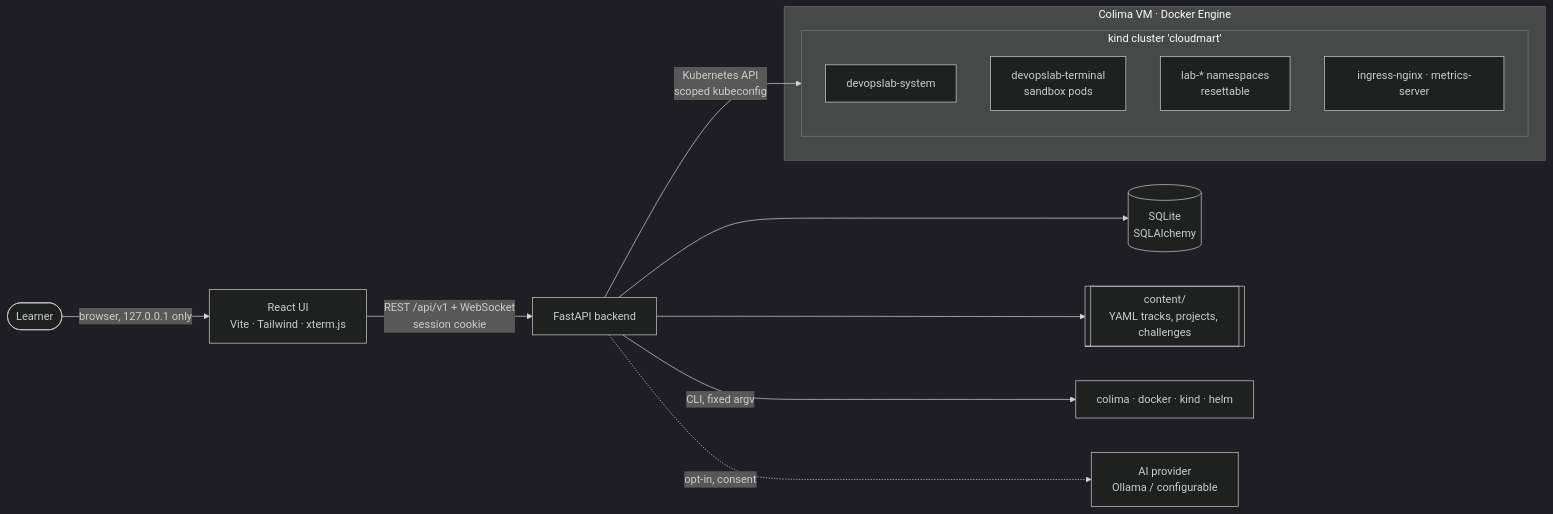
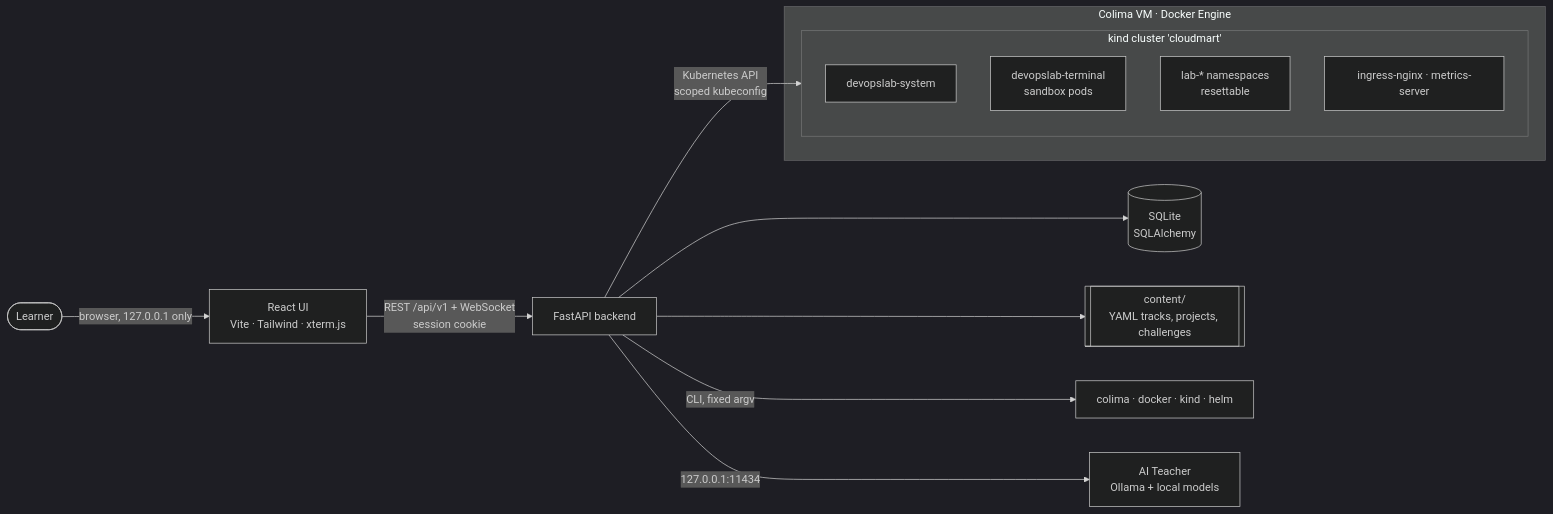
Before and after one commit to Skrishnreddy/devopslab: the diagram in docs/architecture.md, drawn with Mermaid (dark theme). The commit also changed other lines of this file and 32 other files, not shown here.

First line of the commit message:
Add local AI Teacher to the spec as Phase 9

````diff
--- a/docs/architecture.md
+++ b/docs/architecture.md
@@ -10,18 +10,18 @@
 ```mermaid
 flowchart LR
   user([Learner]) -->|browser, 127.0.0.1 only| ui[React UI<br/>Vite · Tailwind · xterm.js]
   ui -->|REST /api/v1 + WebSocket<br/>session cookie| api[FastAPI backend]
   api --> db[(SQLite<br/>SQLAlchemy)]
   api --> content[[content/<br/>YAML tracks, projects, challenges]]
   api -->|CLI, fixed argv| tools[colima · docker · kind · helm]
   api -->|Kubernetes API<br/>scoped kubeconfig| k8s
-  api -.->|opt-in, consent| ai[AI provider<br/>Ollama / configurable]
+  api -->|127.0.0.1:11434| ai[AI Teacher<br/>Ollama + local models]
   subgraph vm[Colima VM · Docker Engine]
     subgraph k8s[kind cluster 'cloudmart']
       sys[devopslab-system]
       term[devopslab-terminal<br/>sandbox pods]
       labs[lab-* namespaces<br/>resettable]
       addons[ingress-nginx · metrics-server]
     end
   end
 ```
````
